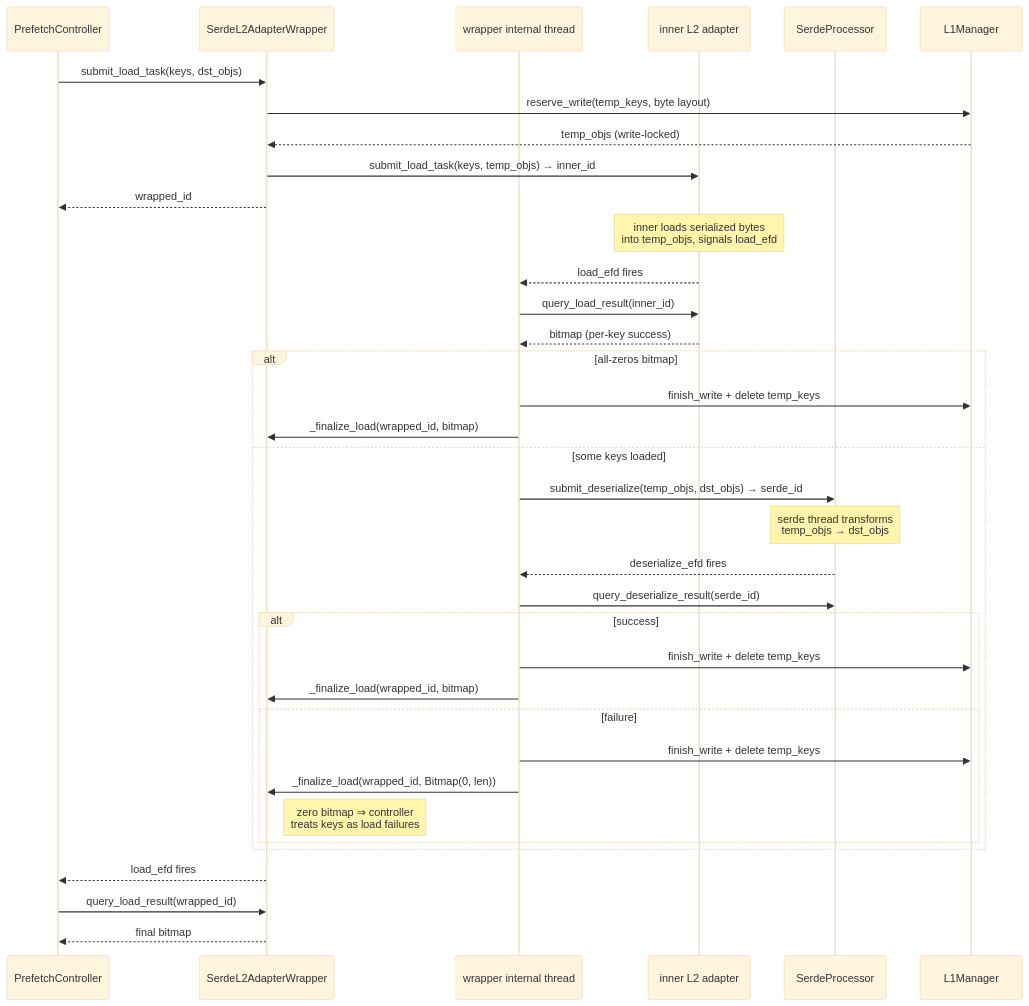
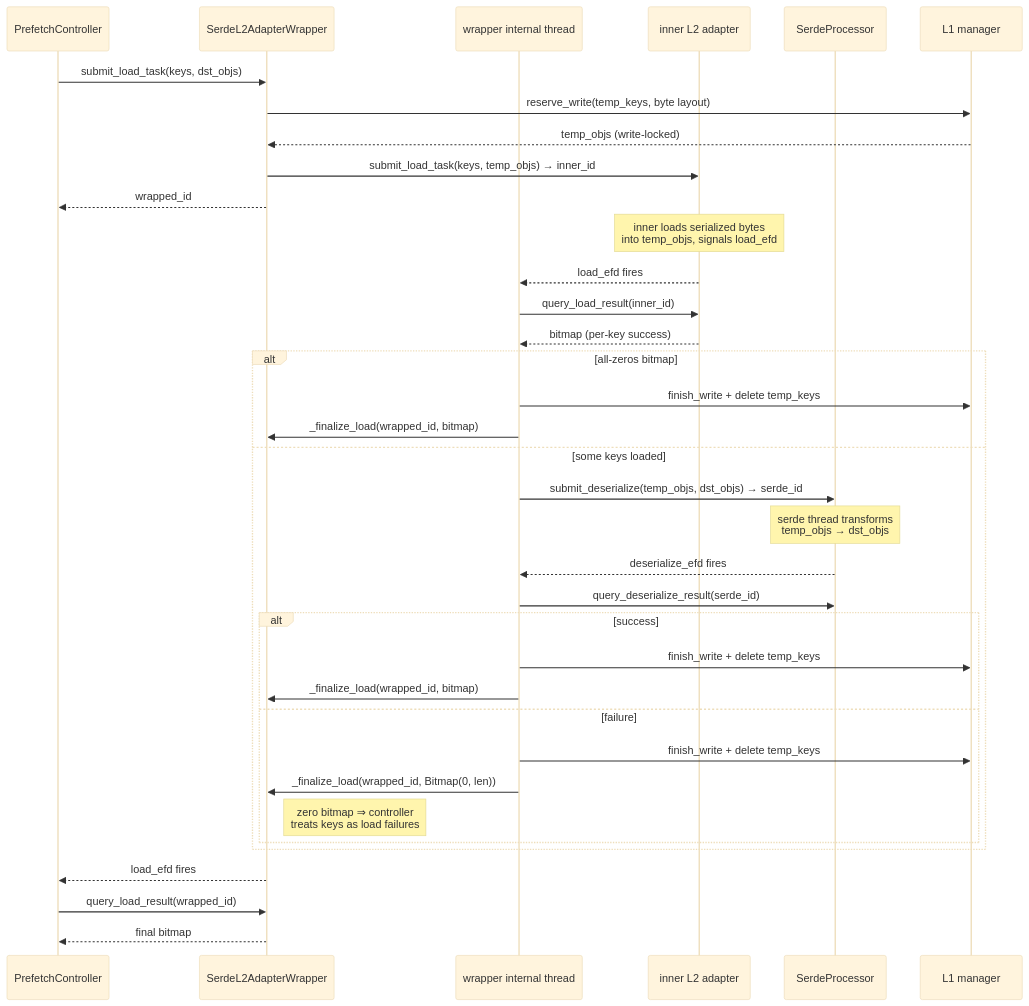
One commit to LMCache/LMCache changed the second of 2 diagrams in docs/design/v1/distributed/l2_adapters/serde_wrapper.md. Above: the diagram before and after it, drawn with Mermaid (base theme). The commit also changed other lines of this file and 90 other files, not shown here.

````diff
--- a/docs/design/v1/distributed/l2_adapters/serde_wrapper.md
+++ b/docs/design/v1/distributed/l2_adapters/serde_wrapper.md
@@ -137,43 +137,43 @@
 ```mermaid
 sequenceDiagram
     participant Controller as PrefetchController
     participant W as SerdeL2AdapterWrapper
     participant Thread as wrapper internal thread
     participant Inner as inner L2 adapter
     participant Serde as SerdeProcessor
-    participant L1 as L1Manager
+    participant L1 as L1 manager
 
     Controller->>W: submit_load_task(keys, dst_objs)
     W->>L1: reserve_write(temp_keys, byte layout)
     L1-->>W: temp_objs (write-locked)
     W->>Inner: submit_load_task(keys, temp_objs) → inner_id
     W-->>Controller: wrapped_id
 
     Note over Inner: inner loads serialized bytes<br/>into temp_objs, signals load_efd
 
     Inner-->>Thread: load_efd fires
     Thread->>Inner: query_load_result(inner_id)
     Inner-->>Thread: bitmap (per-key success)
 
     alt all-zeros bitmap
         Thread->>L1: finish_write + delete temp_keys
         Thread->>W: _finalize_load(wrapped_id, bitmap)
     else some keys loaded
         Thread->>Serde: submit_deserialize(temp_objs, dst_objs) → serde_id
         Note over Serde: serde thread transforms<br/>temp_objs → dst_objs
         Serde-->>Thread: deserialize_efd fires
         Thread->>Serde: query_deserialize_result(serde_id)
         alt success
             Thread->>L1: finish_write + delete temp_keys
             Thread->>W: _finalize_load(wrapped_id, bitmap)
         else failure
             Thread->>L1: finish_write + delete temp_keys
             Thread->>W: _finalize_load(wrapped_id, Bitmap(0, len))
             Note right of W: zero bitmap ⇒ controller<br/>treats keys as load failures
         end
     end
 
     W-->>Controller: load_efd fires
     Controller->>W: query_load_result(wrapped_id)
     W-->>Controller: final bitmap
 ```
````
